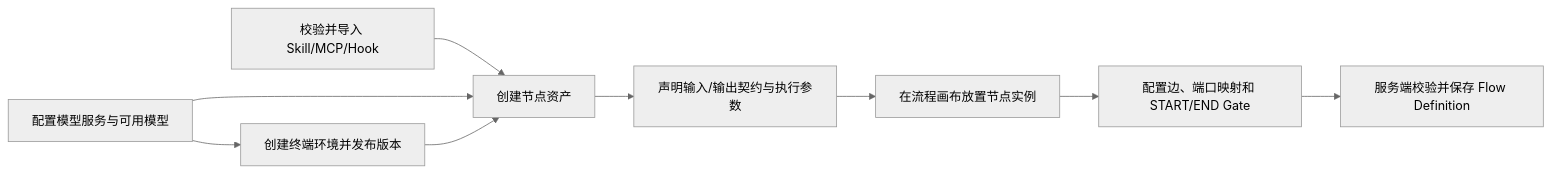
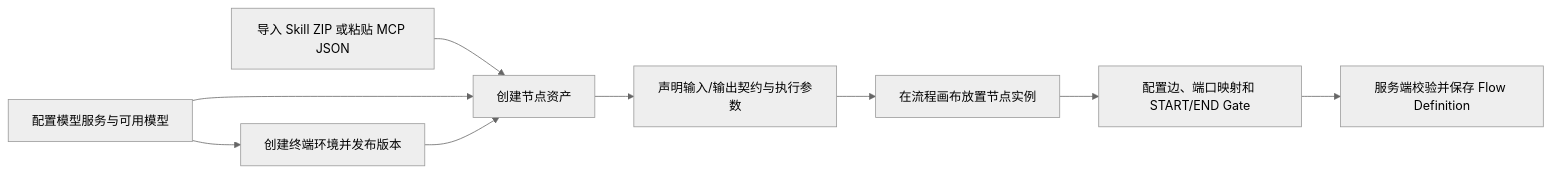
Before and after one commit to ZME7777777/FlowWeave: the first of 10 diagrams in docs/system-design.md, drawn with Mermaid (neutral theme). The commit also changed other lines of this file and 65 other files, not shown here.

````diff
--- a/docs/system-design.md
+++ b/docs/system-design.md
@@ -50,11 +50,11 @@
 ```mermaid
 flowchart LR
   A["配置模型服务与可用模型"] --> B["创建终端环境并发布版本"]
-  C["校验并导入 Skill/MCP/Hook"] --> D["创建节点资产"]
+  C["导入 Skill ZIP 或粘贴 MCP JSON"] --> D["创建节点资产"]
   A --> D
   B --> D
   D --> E["声明输入/输出契约与执行参数"]
   E --> F["在流程画布放置节点实例"]
   F --> G["配置边、端口映射和 START/END Gate"]
   G --> H["服务端校验并保存 Flow Definition"]
 ```
````
